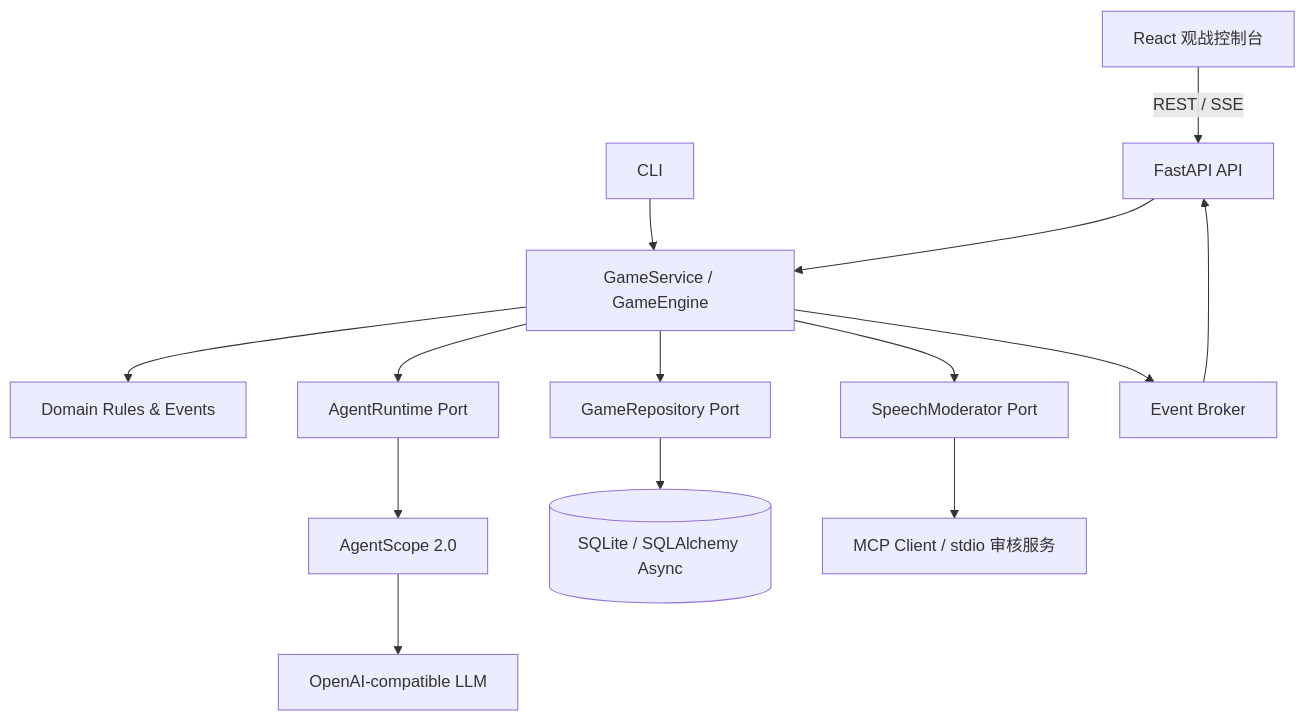
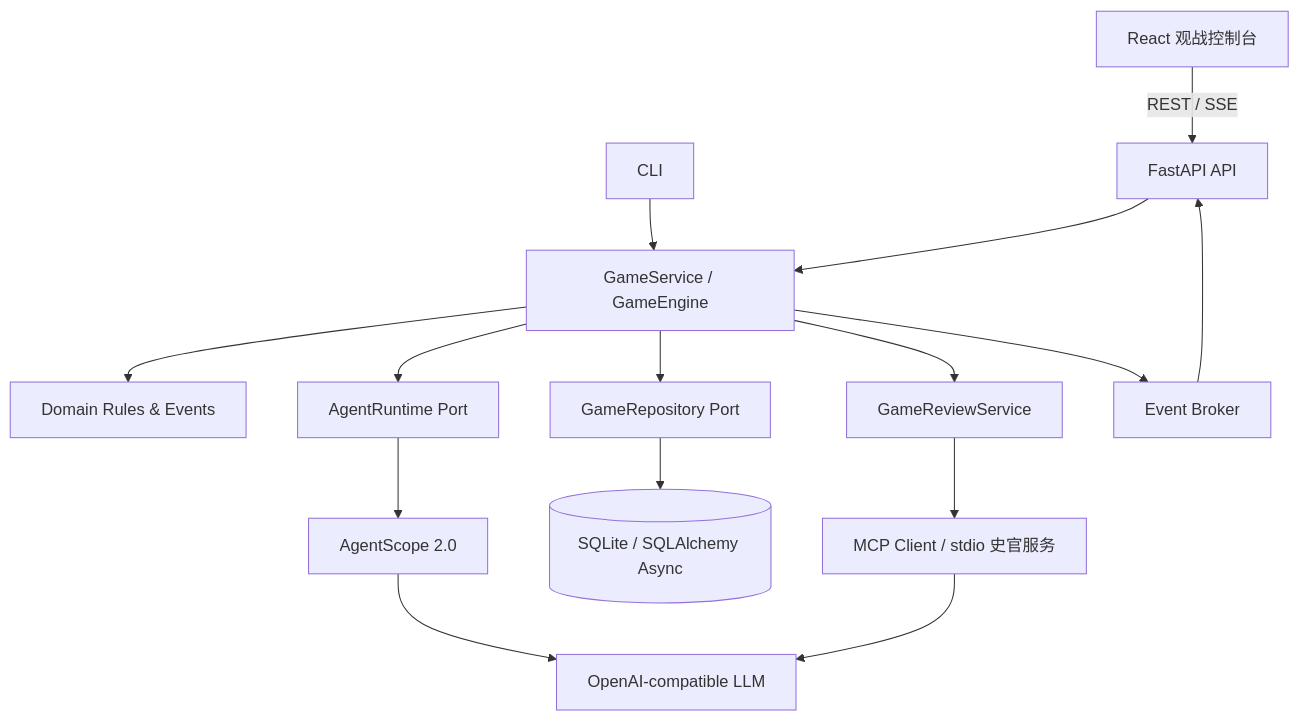
The second of 2 diagrams in README.md (2623674073/werewolf-game), drawn with Mermaid before and after one commit. The commit also changed other lines of this file and 45 other files, not shown here.

Commit message:
feat: add on-demand MCP game historian

````diff
--- a/README.md
+++ b/README.md
@@ -52,16 +53,17 @@
 ```mermaid
 flowchart TB
     UI[React 观战控制台] -->|REST / SSE| API[FastAPI API]
     CLI[CLI] --> APP[GameService / GameEngine]
     API --> APP
     APP --> DOMAIN[Domain Rules & Events]
     APP --> RUNTIME[AgentRuntime Port]
     APP --> REPO[GameRepository Port]
-    APP --> MOD[SpeechModerator Port]
+    APP --> REVIEW[GameReviewService]
     RUNTIME --> AS[AgentScope 2.0]
     AS --> LLM[OpenAI-compatible LLM]
     REPO --> DB[(SQLite / SQLAlchemy Async)]
-    MOD --> MCP[MCP Client / stdio 审核服务]
+    REVIEW --> MCP[MCP Client / stdio 史官服务]
+    MCP --> LLM
     APP --> BROKER[Event Broker]
     BROKER --> API
 ```
````
